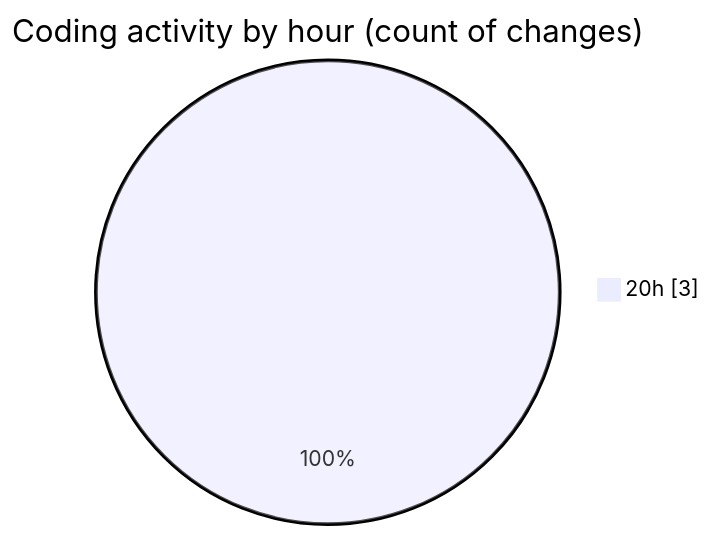
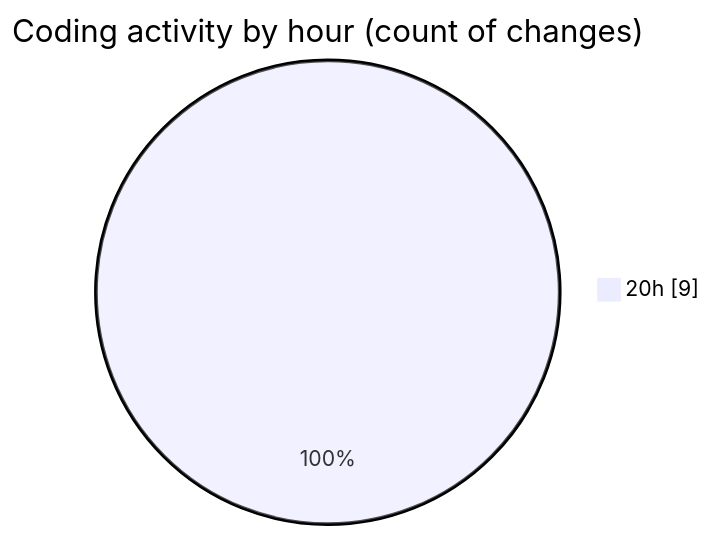
Before and after one commit to Netris89/code-tracking: the second of 2 diagrams in 2025-03-25/back-end/README.md, drawn with Mermaid. The commit also changed other lines of this file and 1 other file, not shown here.

````diff
--- a/2025-03-25/back-end/README.md
+++ b/2025-03-25/back-end/README.md
@@ -28,5 +34,5 @@
 ```mermaid
 pie showData
 title Coding activity by hour (count of changes)
-"20h" : 3
+"20h" : 9
 ```
````
